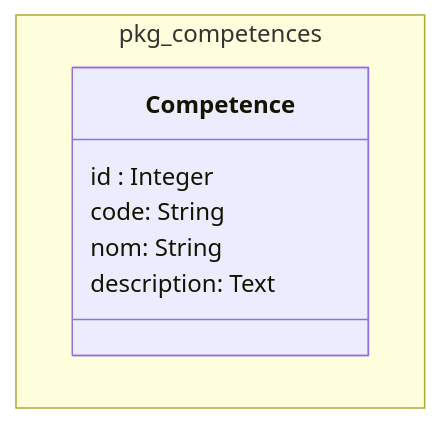
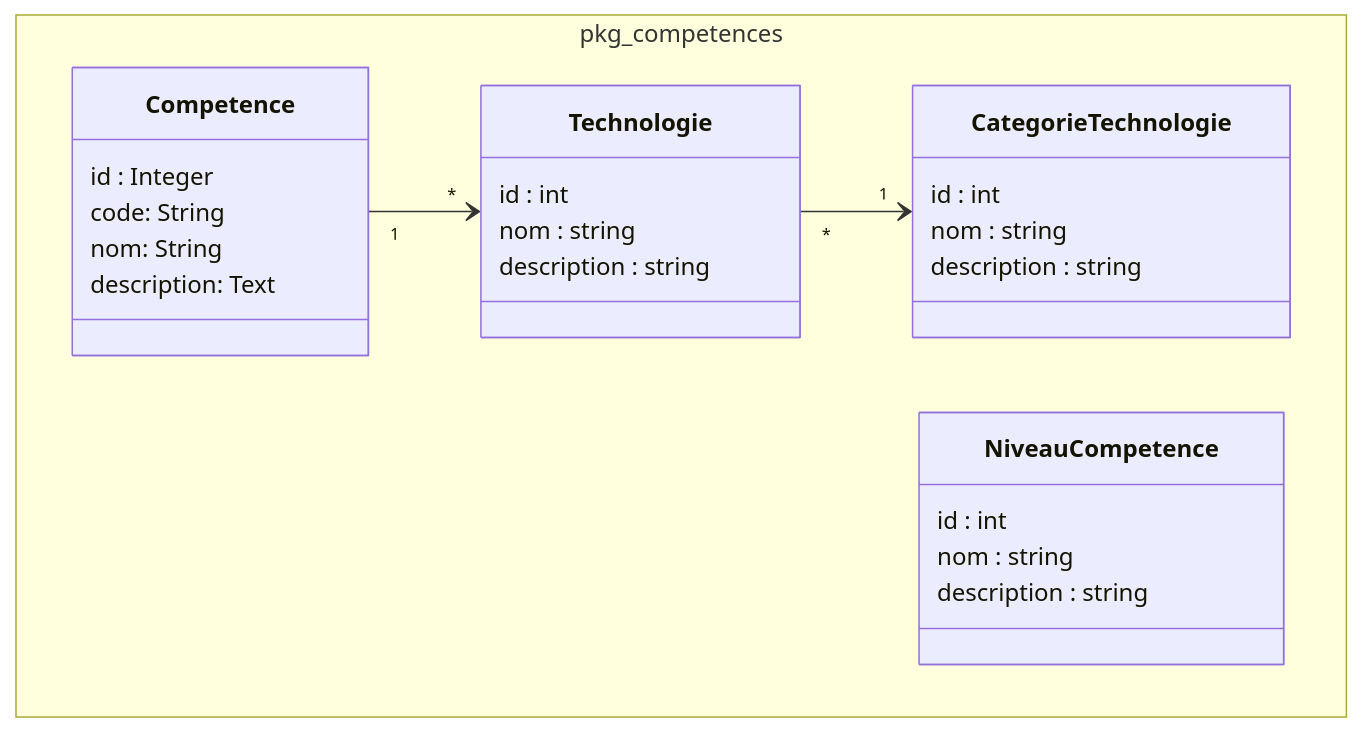
The diagram in modélisation/pkg_competences/classes_pkg_competences.mmd (solicoders/soli-lms), drawn with Mermaid before and after one commit. The commit also changed 76 other files, not shown here.

```diff
--- a/modélisation/pkg_competences/classes_pkg_competences.mmd
+++ b/modélisation/pkg_competences/classes_pkg_competences.mmd
@@ -1,13 +1,31 @@
 classDiagram
 
+
 namespace pkg_competences {
-
-
 class Competence {
   id : Integer
   code: String
   nom: String
   description: Text
 }
- 
+class NiveauCompetence {
+  id : int
+  nom : string
+  description : string
 }
+class Technologie {
+  id : int
+  nom : string
+  description : string
+}
+
+class CategorieTechnologie {
+  id : int
+  nom : string
+  description : string
+}
+}
+
+
+Competence "1" --> "*" Technologie 
+Technologie "*" --> "1" CategorieTechnologie
```
